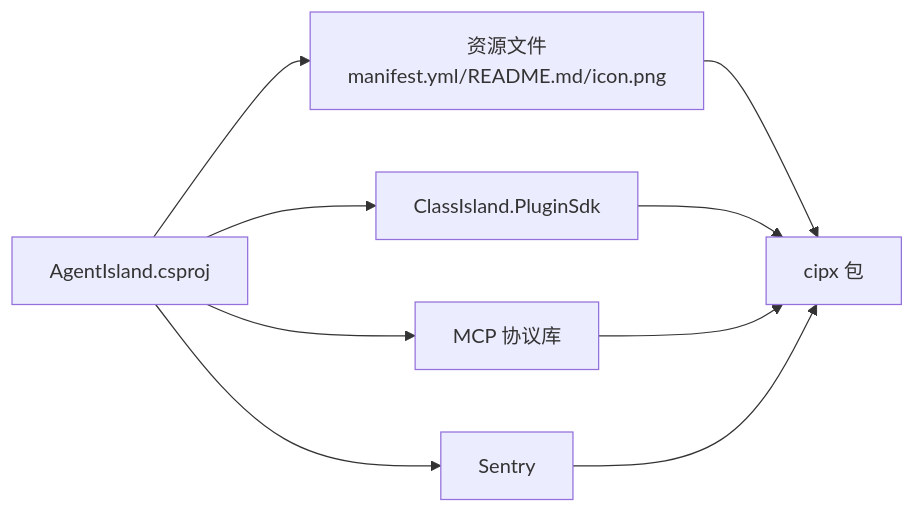
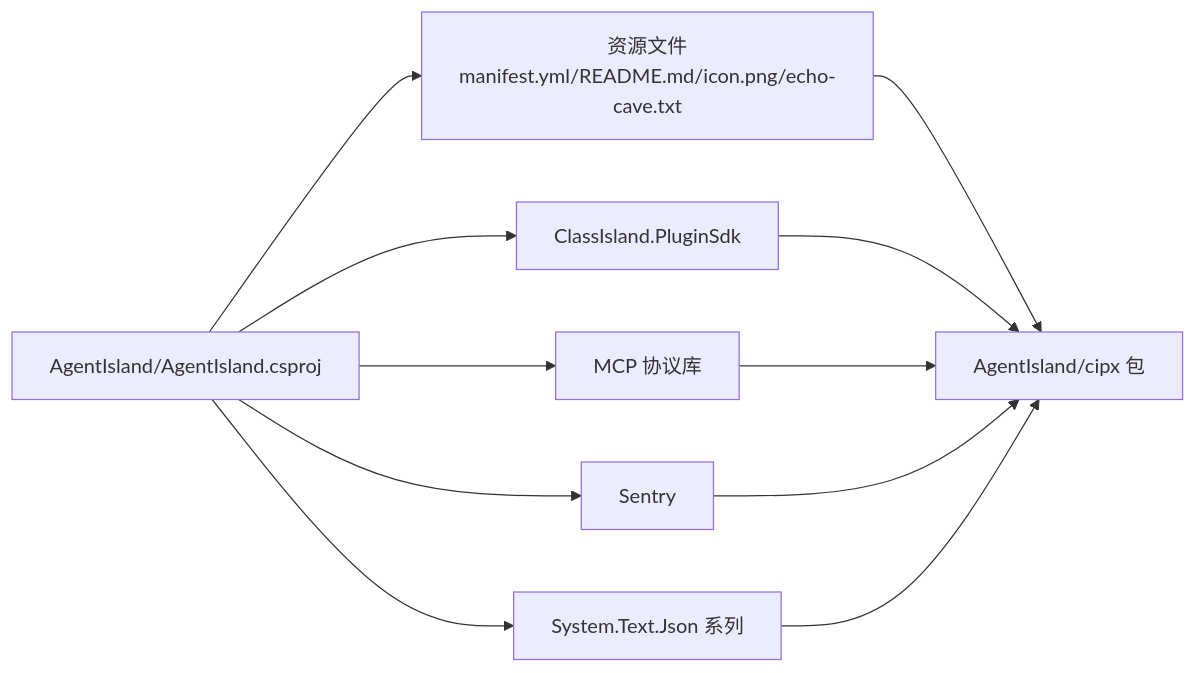
One commit to ShihaoShenDev/AgentIsland changed the fourth of 4 diagrams in .qoder/repowiki/zh/content/开发指南/构建与发布.md. Above: the diagram before and after it, drawn with Mermaid. The commit also changed other lines of this file and 31 other files, not shown here.

````diff
--- a/.qoder/repowiki/zh/content/开发指南/构建与发布.md
+++ b/.qoder/repowiki/zh/content/开发指南/构建与发布.md
@@ -222,11 +251,13 @@
 ```mermaid
 graph LR
-CSProj["AgentIsland.csproj"] --> SDK["ClassIsland.PluginSdk"]
+CSProj["AgentIsland/AgentIsland.csproj"] --> SDK["ClassIsland.PluginSdk"]
 CSProj --> MCP["MCP 协议库"]
 CSProj --> Sentry["Sentry"]
-CSProj --> Res["资源文件<br/>manifest.yml/README.md/icon.png"]
-Res --> Cipx["cipx 包"]
+CSProj --> JSON["System.Text.Json 系列"]
+CSProj --> Res["资源文件<br/>manifest.yml/README.md/icon.png/echo-cave.txt"]
+Res --> Cipx["AgentIsland/cipx 包"]
 SDK --> Cipx
 MCP --> Cipx
 Sentry --> Cipx
+JSON --> Cipx
 ```
````
